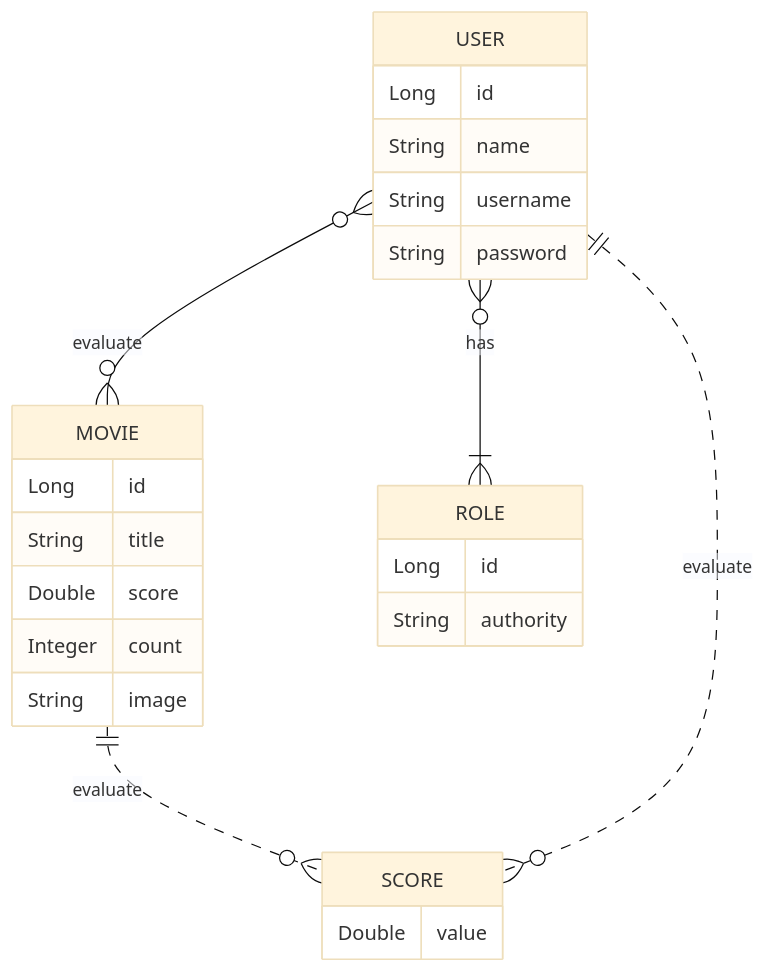
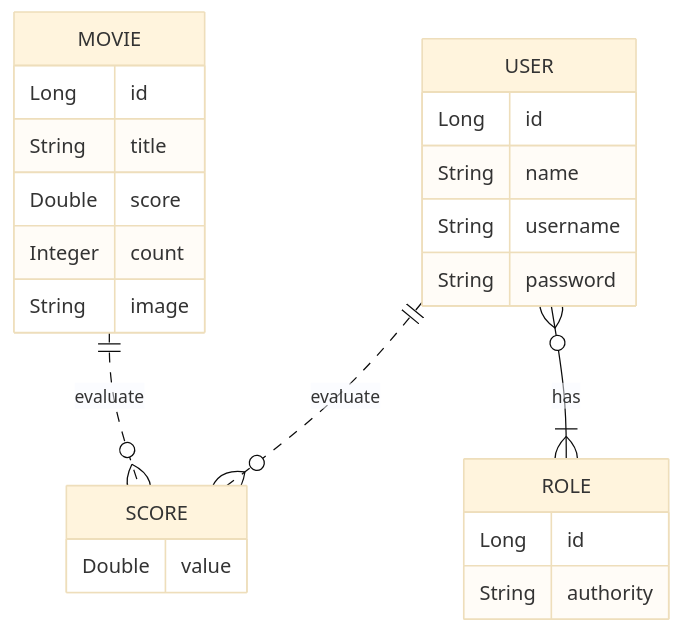
One commit to mauricioHidani/ChallengeDSMovieJacoco changed the diagram in README.md. Above: the diagram before and after it, drawn with Mermaid (base theme).

Commit message:
doc: correct relationship between user entities and evaluation movie

````diff
--- a/README.md
+++ b/README.md
@@ -19,27 +19,26 @@
 ```mermaid
 erDiagram
     MOVIE {
         Long id
         String title
         Double score
         Integer count
         String image
     }
     USER {
         Long id
         String name
         String username
         String password
     }
     ROLE {
         Long id
         String authority
     }
     SCORE {
         Double value
     }
     USER }o--|{ ROLE : "has"
-    USER }o--o{ MOVIE : "evaluate"
     MOVIE ||..o{ SCORE : "evaluate"
     USER ||..o{ SCORE : "evaluate"
 ```
````
